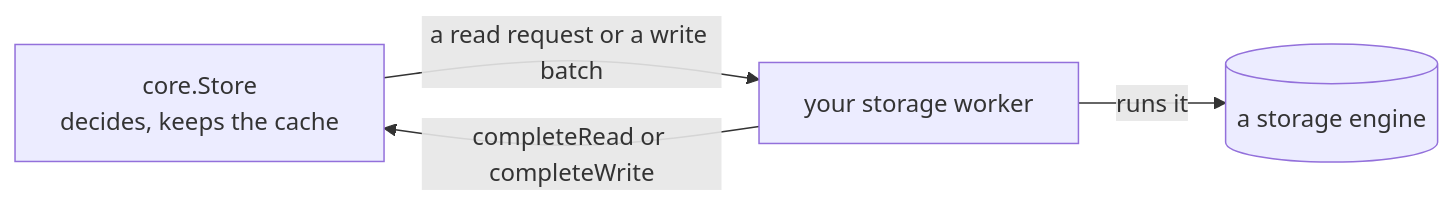
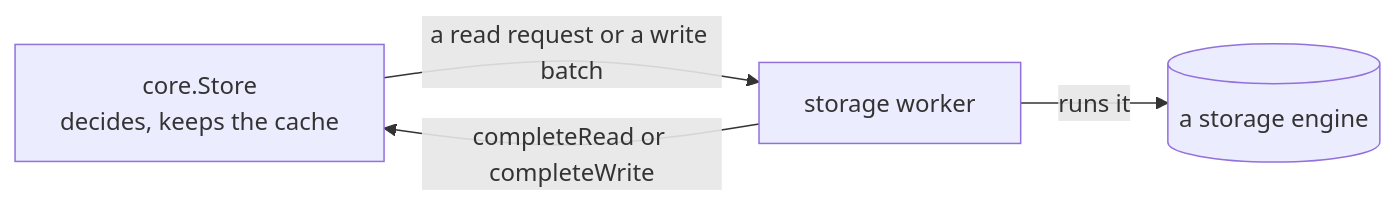
Before and after one commit to glowcap-org/glowcap: the diagram in docs/loam/store.md, drawn with Mermaid. The commit also changed other lines of this file and 115 other files, not shown here.

````diff
--- a/docs/loam/store.md
+++ b/docs/loam/store.md
@@ -21,6 +21,6 @@
 ```mermaid
 flowchart LR
-    Store["core.Store<br/>decides, keeps the cache"] -->|"a read request or a write batch"| Worker["your storage worker"]
+    Store["core.Store<br/>decides, keeps the cache"] -->|"a read request or a write batch"| Worker["storage worker"]
     Worker -->|"runs it"| Backend[("a storage engine")]
     Worker -->|"completeRead or completeWrite"| Store
 ```
````
